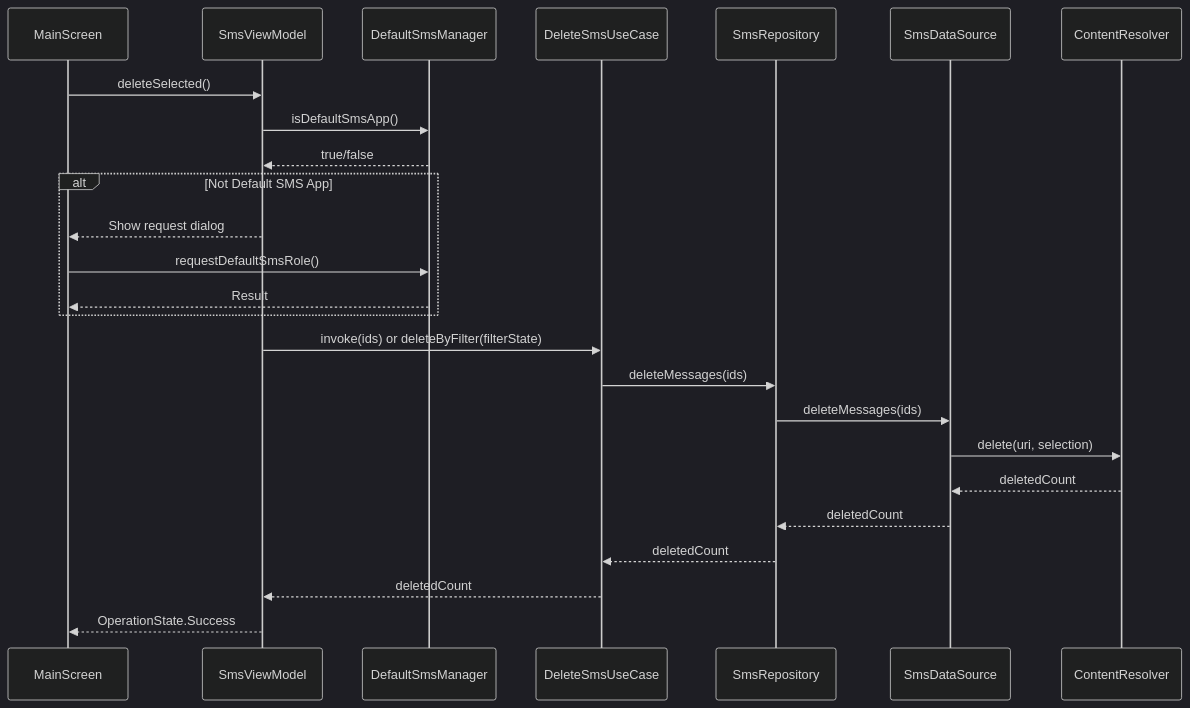
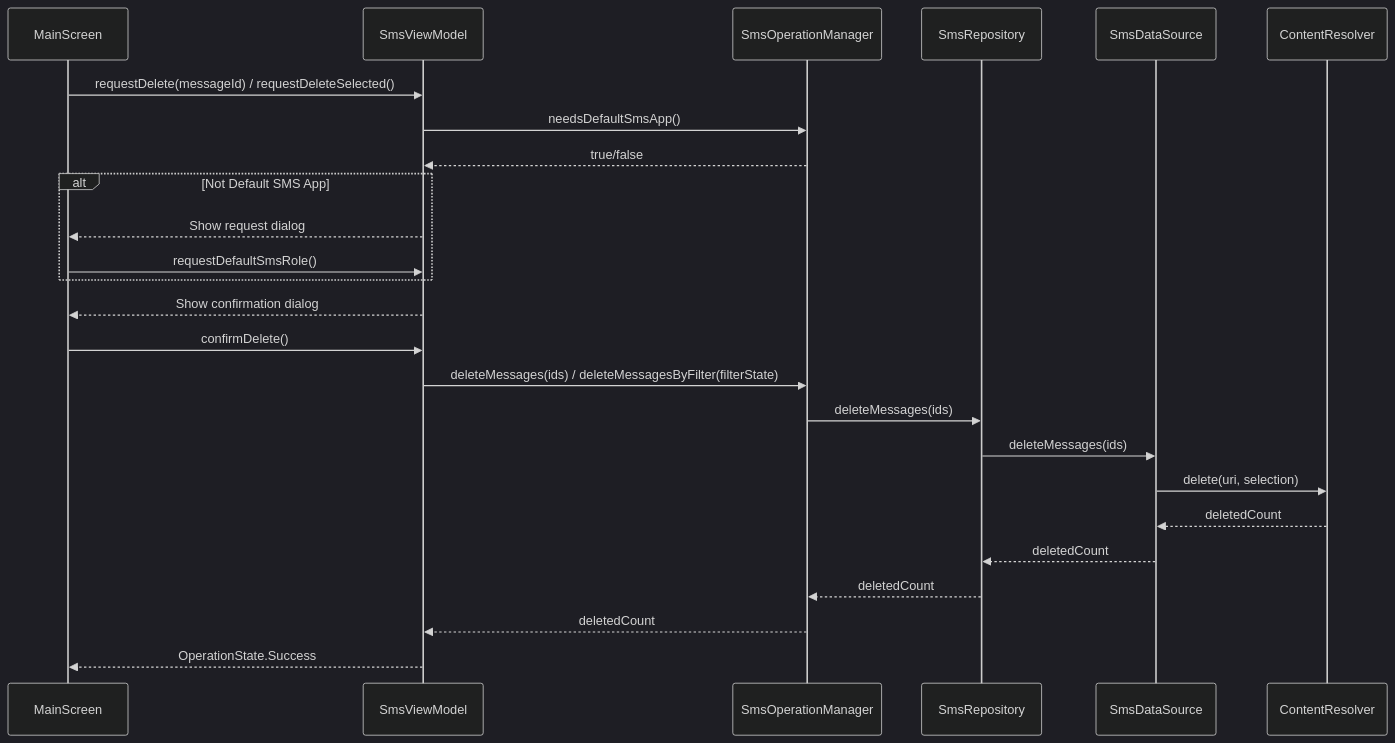
One commit to yuameshi/sms-cleaner changed the third of 4 diagrams in docs/ARCHITECTURE.md. Above: the diagram before and after it, drawn with Mermaid (dark theme). The commit also changed other lines of this file and 6 other files, not shown here.

First line of the commit message:
refactor: unify delete and database operation interfaces

````diff
--- a/docs/ARCHITECTURE.md
+++ b/docs/ARCHITECTURE.md
@@ -180,31 +180,31 @@
 ```mermaid
 sequenceDiagram
     participant UI as MainScreen
     participant VM as SmsViewModel
-    participant DSM as DefaultSmsManager
-    participant UC as DeleteSmsUseCase
+    participant SOM as SmsOperationManager
     participant Repo as SmsRepository
     participant DS as SmsDataSource
     participant CR as ContentResolver
     
-    UI->>VM: deleteSelected()
-    VM->>DSM: isDefaultSmsApp()
-    DSM-->>VM: true/false
+    UI->>VM: requestDelete(messageId) / requestDeleteSelected()
+    VM->>SOM: needsDefaultSmsApp()
+    SOM-->>VM: true/false
     
     alt Not Default SMS App
         VM-->>UI: Show request dialog
-        UI->>DSM: requestDefaultSmsRole()
-        DSM-->>UI: Result
+        UI->>VM: requestDefaultSmsRole()
     end
     
-    VM->>UC: invoke(ids) or deleteByFilter(filterState)
-    UC->>Repo: deleteMessages(ids)
+    VM-->>UI: Show confirmation dialog
+    UI->>VM: confirmDelete()
+    VM->>SOM: deleteMessages(ids) / deleteMessagesByFilter(filterState)
+    SOM->>Repo: deleteMessages(ids)
     Repo->>DS: deleteMessages(ids)
     DS->>CR: delete(uri, selection)
     CR-->>DS: deletedCount
     DS-->>Repo: deletedCount
-    Repo-->>UC: deletedCount
-    UC-->>VM: deletedCount
+    Repo-->>SOM: deletedCount
+    SOM-->>VM: deletedCount
     
     VM-->>UI: OperationState.Success
 ```
````
